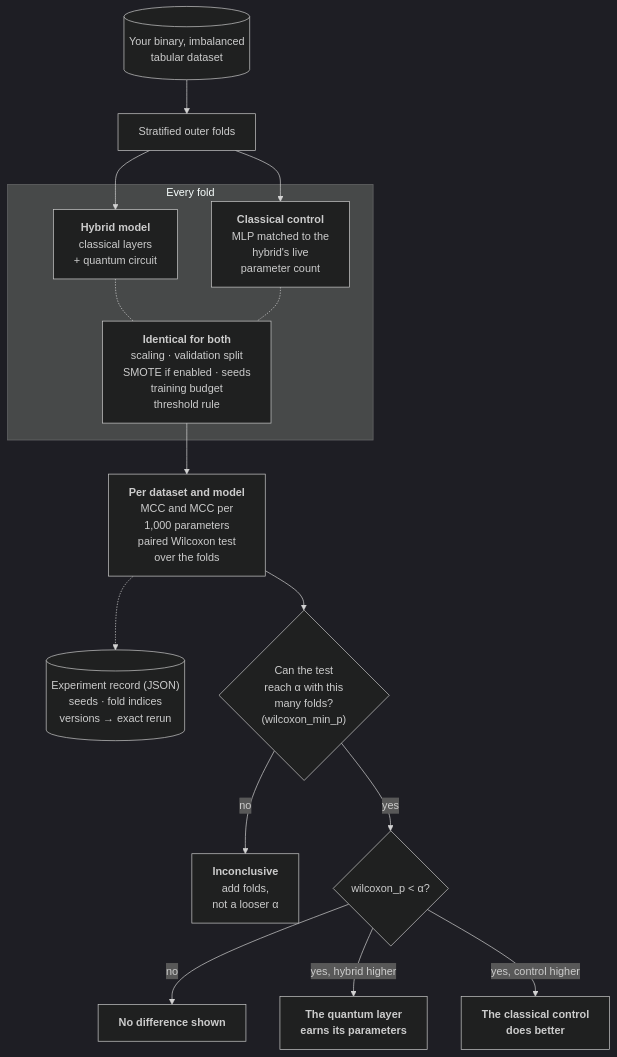
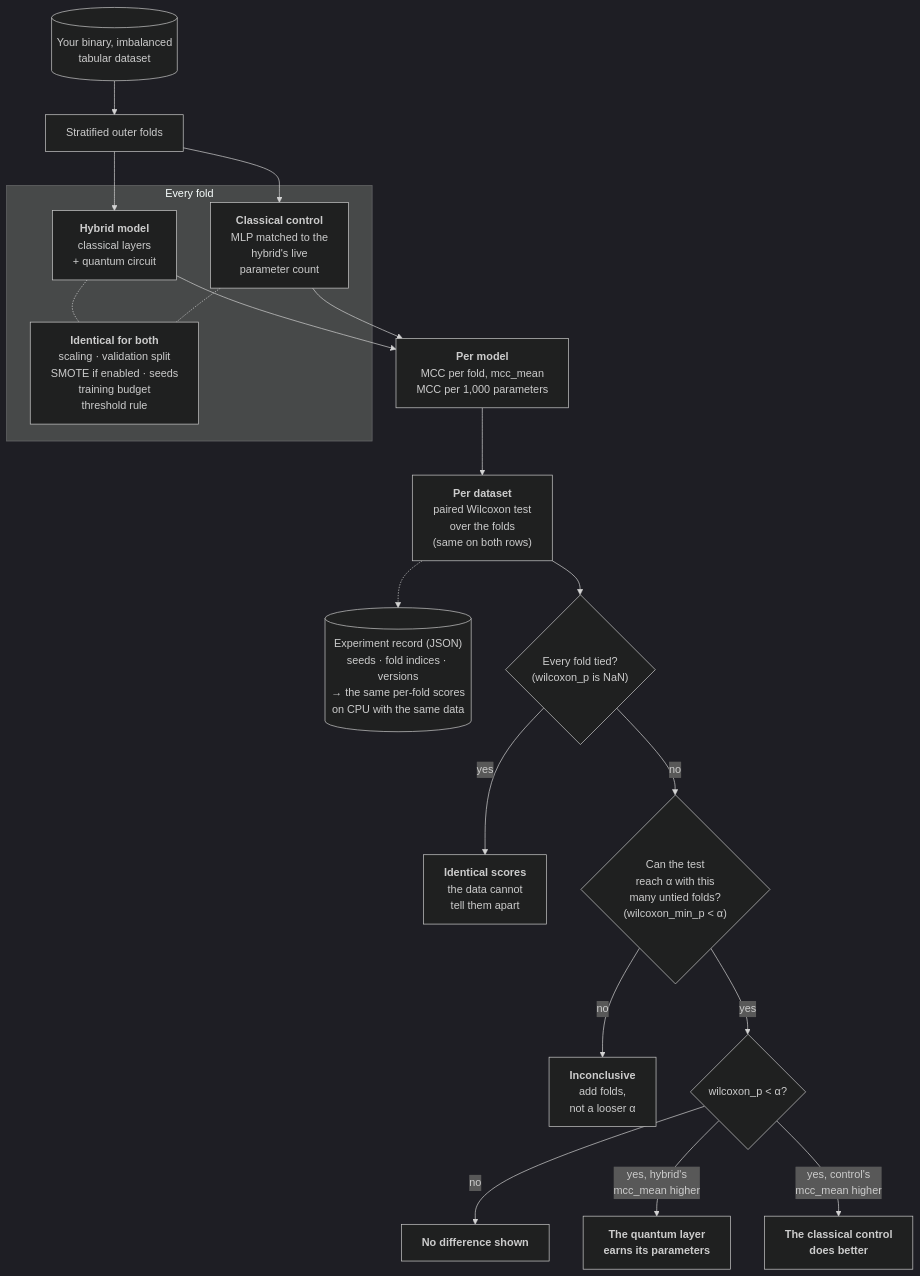
Before and after one commit to g8rdier/hqnn-forge: the first of 3 diagrams in README.md, drawn with Mermaid (dark theme). The commit also changed other lines of this file, not shown here.

First line of the commit message:
docs: address review of the benchmark diagram

````diff
--- a/README.md
+++ b/README.md
@@ -33,24 +32,28 @@
 ```mermaid
 flowchart TD
     data[("Your binary, imbalanced<br/>tabular dataset")] --> folds["Stratified outer folds"]
 
     subgraph fold ["Every fold"]
         hybrid["<b>Hybrid model</b><br/>classical layers<br/>+ quantum circuit"]
         control["<b>Classical control</b><br/>MLP matched to the<br/>hybrid's live<br/>parameter count"]
         rules["<b>Identical for both</b><br/>scaling · validation split<br/>SMOTE if enabled · seeds<br/>training budget<br/>threshold rule"]
         hybrid -.- rules
         control -.- rules
     end
 
     folds --> hybrid
     folds --> control
-    rules --> scores["<b>Per dataset and model</b><br/>MCC and MCC per<br/>1,000 parameters<br/>paired Wilcoxon test<br/>over the folds"]
-    scores -.-> record[("Experiment record (JSON)<br/>seeds · fold indices<br/>versions → exact rerun")]
+    hybrid --> permodel["<b>Per model</b><br/>MCC per fold, mcc_mean<br/>MCC per 1,000 parameters"]
+    control --> permodel
+    permodel --> perdataset["<b>Per dataset</b><br/>paired Wilcoxon test<br/>over the folds<br/>(same on both rows)"]
+    perdataset -.-> record[("Experiment record (JSON)<br/>seeds · fold indices · versions<br/>→ the same per-fold scores<br/>on CPU with the same data")]
 
-    scores --> reach{"Can the test<br/>reach α with this<br/>many folds?<br/>(wilcoxon_min_p)"}
+    perdataset --> tied{"Every fold tied?<br/>(wilcoxon_p is NaN)"}
+    tied -->|yes| identical["<b>Identical scores</b><br/>the data cannot<br/>tell them apart"]
+    tied -->|no| reach{"Can the test<br/>reach α with this<br/>many untied folds?<br/>(wilcoxon_min_p < α)"}
     reach -->|no| inconclusive["<b>Inconclusive</b><br/>add folds,<br/>not a looser α"]
     reach -->|yes| significant{"wilcoxon_p < α?"}
     significant -->|no| nodiff["<b>No difference shown</b>"]
-    significant -->|"yes, hybrid higher"| earns["<b>The quantum layer<br/>earns its parameters</b>"]
-    significant -->|"yes, control higher"| loses["<b>The classical control<br/>does better</b>"]
+    significant -->|"yes, hybrid's<br/>mcc_mean higher"| earns["<b>The quantum layer<br/>earns its parameters</b>"]
+    significant -->|"yes, control's<br/>mcc_mean higher"| loses["<b>The classical control<br/>does better</b>"]
 ```
````
